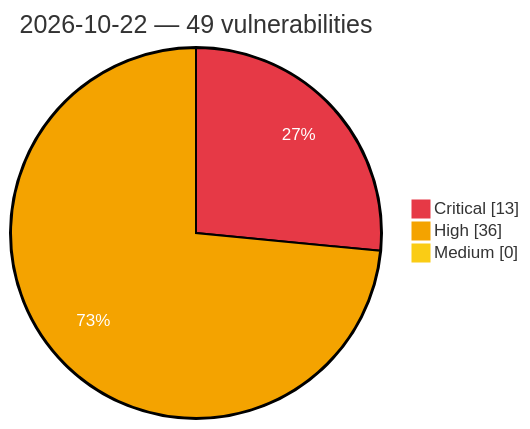
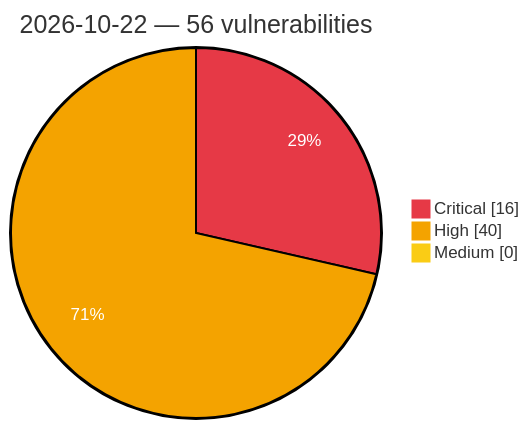
One commit to GhostX0X/vuln-tracker changed the diagram in vulnerabilities/2026/October/2026-10-22.md. Above: the diagram before and after it, drawn with Mermaid. The commit also changed other lines of this file and 5 other files, not shown here.

Commit message:
Auto update: critical/high vulns (2026-10-22 19:22 UTC)

````diff
--- a/vulnerabilities/2026/October/2026-10-22.md
+++ b/vulnerabilities/2026/October/2026-10-22.md
@@ -3,8 +3,8 @@
 ```mermaid
 %%{init: {'theme':'base', 'themeVariables': {'pie1':'#e63946', 'pie2':'#f4a300', 'pie3':'#facc15', 'pieOpacity':'1', 'pieOuterStrokeWidth':'2px', 'pieSectionTextColor':'#ffffff'}}}%%
 pie showData
-    title 2026-10-22 — 49 vulnerabilities
-    "Critical" : 13
-    "High" : 36
+    title 2026-10-22 — 56 vulnerabilities
+    "Critical" : 16
+    "High" : 40
     "Medium" : 0
 ```
````
